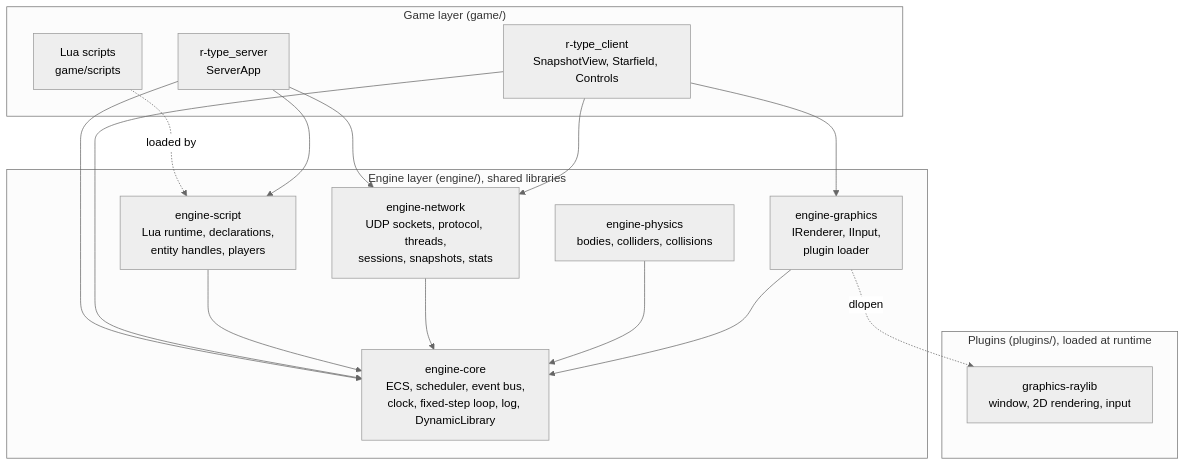
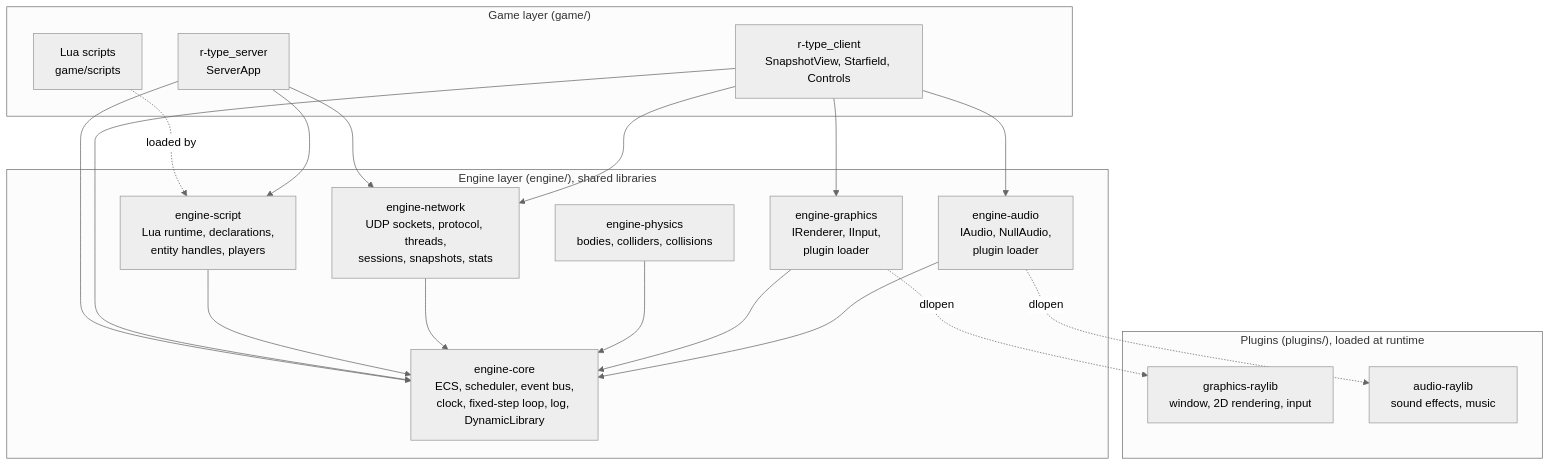
Before and after one commit to Saitamadupauvre/RType: the first of 3 diagrams in docs/architecture.md, drawn with Mermaid (neutral theme). The commit also changed other lines of this file and 12 other files, not shown here.

Commit message:
docs: document the audio plugin, Lua sound API and protocol v3

````diff
--- a/docs/architecture.md
+++ b/docs/architecture.md
@@ -26,30 +26,35 @@
 ```mermaid
 flowchart TB
     subgraph Game["Game layer (game/)"]
         LUA["Lua scripts<br/>game/scripts"]
         SRV["r-type_server<br/>ServerApp"]
         CLI["r-type_client<br/>SnapshotView, Starfield, Controls"]
     end
     subgraph Engine["Engine layer (engine/), shared libraries"]
         CORE["engine-core<br/>ECS, scheduler, event bus,<br/>clock, fixed-step loop, log, DynamicLibrary"]
         SCRIPT["engine-script<br/>Lua runtime, declarations,<br/>entity handles, players"]
         NET["engine-network<br/>UDP sockets, protocol, threads,<br/>sessions, snapshots, stats"]
         PHYS["engine-physics<br/>bodies, colliders, collisions"]
         GFX["engine-graphics<br/>IRenderer, IInput,<br/>plugin loader"]
+        AUD["engine-audio<br/>IAudio, NullAudio,<br/>plugin loader"]
     end
     subgraph Plugins["Plugins (plugins/), loaded at runtime"]
         RAY["graphics-raylib<br/>window, 2D rendering, input"]
+        RAU["audio-raylib<br/>sound effects, music"]
     end
     LUA -. loaded by .-> SCRIPT
     SRV --> SCRIPT
     SRV --> NET
     SRV --> CORE
     CLI --> NET
     CLI --> GFX
+    CLI --> AUD
     CLI --> CORE
     SCRIPT --> CORE
     NET --> CORE
     PHYS --> CORE
     GFX --> CORE
     GFX -. dlopen .-> RAY
+    AUD --> CORE
+    AUD -. dlopen .-> RAU
 ```
````
